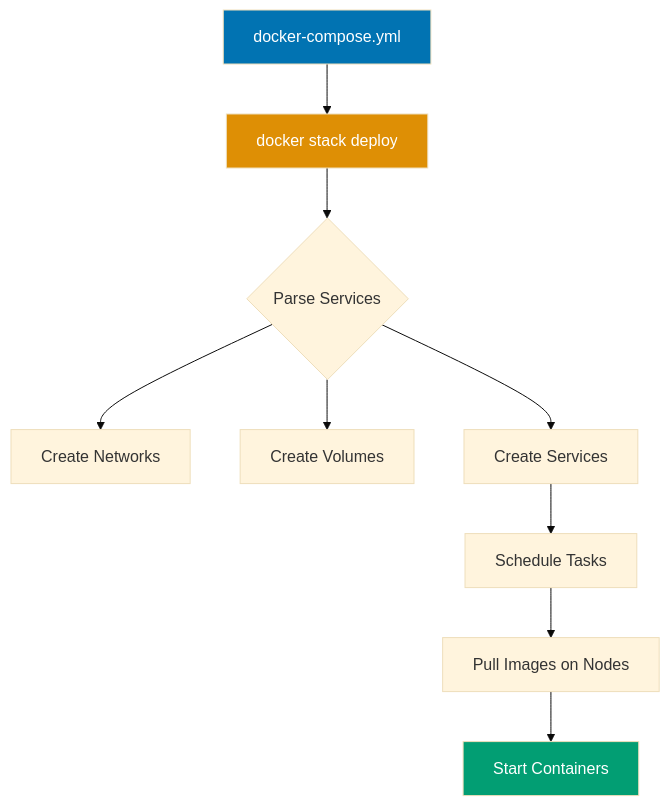
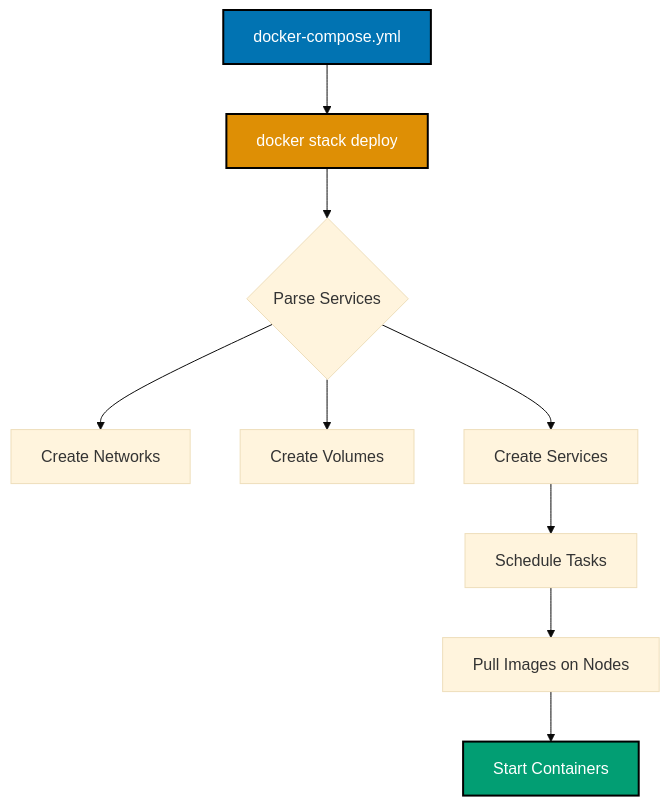
The seventh of 14 diagrams in apps/ayokoding-web/content/en/learn/software-engineering/infrastructure/tools/docker/by-example/advanced.md (wahidyankf/open-sharia-enterprise), drawn with Mermaid (base theme) before and after one commit. The commit also changed other lines of this file and 25 other files, not shown here.

````diff
--- a/apps/ayokoding-web/content/en/learn/software-engineering/infrastructure/tools/docker/by-example/advanced.md
+++ b/apps/ayokoding-web/content/en/learn/software-engineering/infrastructure/tools/docker/by-example/advanced.md
@@ -2091,15 +2097,16 @@
 ```mermaid
+%% Color Palette: Blue #0173B2, Orange #DE8F05, Teal #029E73, Purple #CC78BC, Brown #CA9161
 graph TD
  A["docker-compose.yml"] --> B["docker stack deploy"]
  B --> C{Parse Services}
  C --> D["Create Networks"]
  C --> E["Create Volumes"]
  C --> F["Create Services"]
  F --> G["Schedule Tasks"]
  G --> H["Pull Images on Nodes"]
  H --> I["Start Containers"]
 
- style A fill:#0173B2,color:#fff
- style B fill:#DE8F05,color:#fff
- style I fill:#029E73,color:#fff
+ style A fill:#0173B2,stroke:#000000,stroke-width:2px,color:#fff
+ style B fill:#DE8F05,stroke:#000000,stroke-width:2px,color:#fff
+ style I fill:#029E73,stroke:#000000,stroke-width:2px,color:#fff
 ```
````
